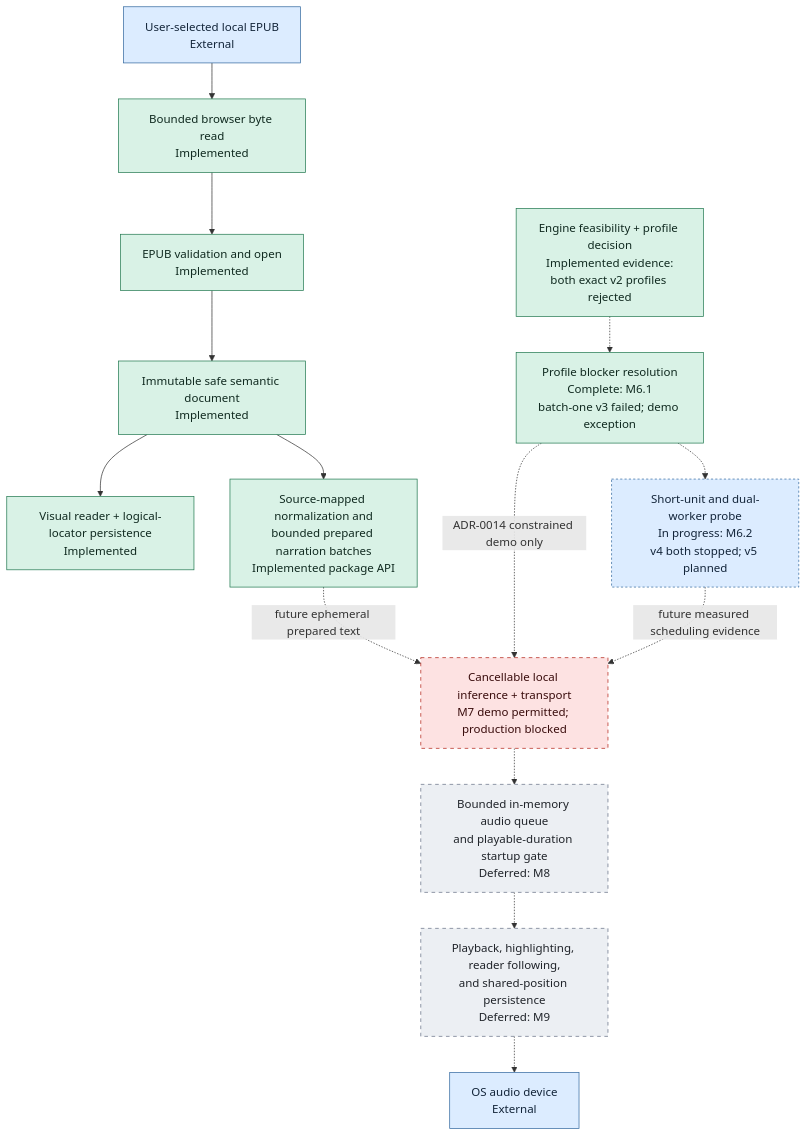
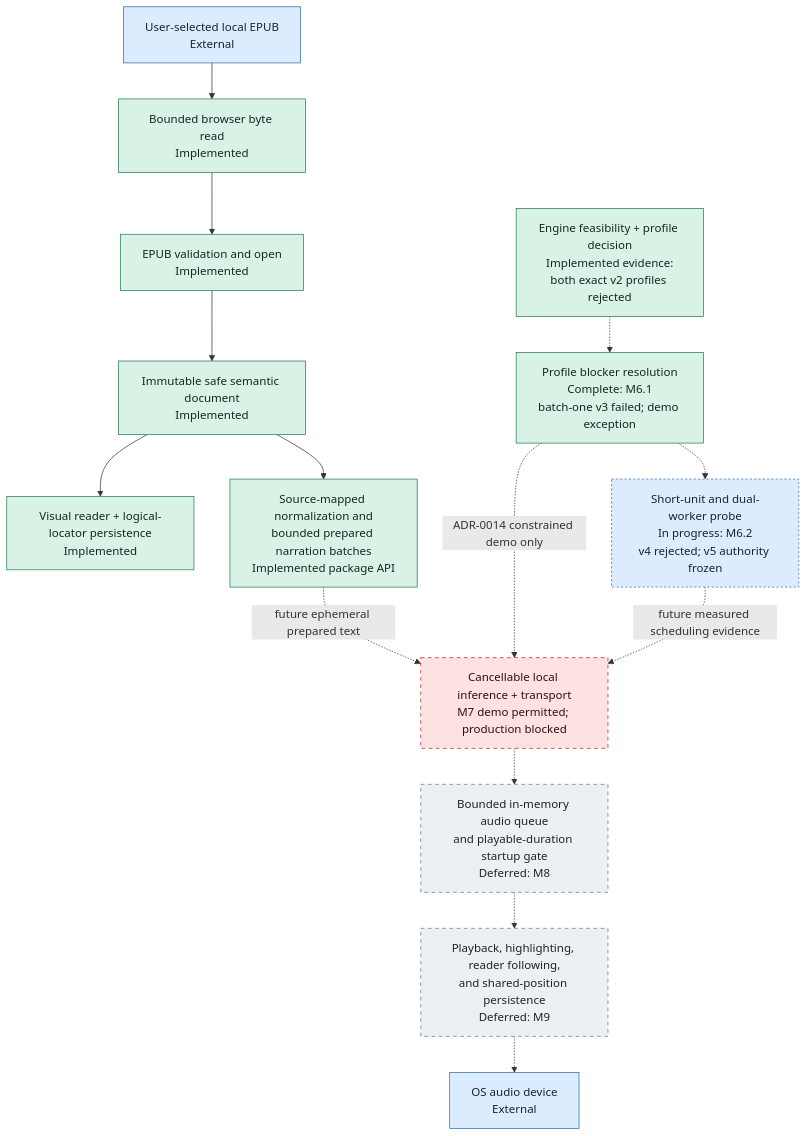
The second of 2 diagrams in docs/architecture/system-diagram.md (mmjosedaniel/voxleaf), drawn with Mermaid before and after one commit. The commit also changed other lines of this file and 21 other files, not shown here.

First line of the commit message:
feat(tts): freeze v5 dual-worker authority (#109)

````diff
--- a/docs/architecture/system-diagram.md
+++ b/docs/architecture/system-diagram.md
@@ -107,34 +107,34 @@
 ```mermaid
 flowchart TD
     classDef implemented fill:#d9f2e6,stroke:#247a52,color:#102a20
     classDef progress fill:#dcecff,stroke:#356aa0,color:#13253a,stroke-dasharray: 3 3
     classDef planned fill:#fff0c7,stroke:#9a6b00,color:#332400,stroke-dasharray: 5 5
     classDef blocked fill:#fde2e2,stroke:#b42318,color:#3a0d0d,stroke-dasharray: 5 5
     classDef deferred fill:#eceff3,stroke:#667085,color:#20242a,stroke-dasharray: 5 5
     classDef external fill:#dcecff,stroke:#356aa0,color:#13253a
 
     FILE["User-selected local EPUB<br/>External"]:::external
     READ["Bounded browser byte read<br/>Implemented"]:::implemented
     OPEN["EPUB validation and open<br/>Implemented"]:::implemented
     SAFE["Immutable safe semantic document<br/>Implemented"]:::implemented
     VISUAL["Visual reader + logical-locator persistence<br/>Implemented"]:::implemented
     PREP["Source-mapped normalization and<br/>bounded prepared narration batches<br/>Implemented package API"]:::implemented
     PROFILE["Engine feasibility + profile decision<br/>Implemented evidence:<br/>both exact v2 profiles rejected"]:::implemented
     NEXT_PROFILE["Profile blocker resolution<br/>Complete: M6.1<br/>batch-one v3 failed; demo exception"]:::implemented
-    BATCH_PROBE["Short-unit and dual-worker probe<br/>In progress: M6.2<br/>v4 both stopped; v5 planned"]:::progress
+    BATCH_PROBE["Short-unit and dual-worker probe<br/>In progress: M6.2<br/>v4 rejected; v5 authority frozen"]:::progress
     INFER["Cancellable local inference + transport<br/>M7 demo permitted; production blocked"]:::blocked
     BUFFER["Bounded in-memory audio queue<br/>and playable-duration startup gate<br/>Deferred: M8"]:::deferred
     FOLLOW["Playback, highlighting, reader following,<br/>and shared-position persistence<br/>Deferred: M9"]:::deferred
     DEVICE["OS audio device<br/>External"]:::external
 
     FILE --> READ --> OPEN --> SAFE --> VISUAL
     SAFE --> PREP
     PREP -.->|"future ephemeral prepared text"| INFER
     PROFILE -.-> NEXT_PROFILE
     NEXT_PROFILE -.-> BATCH_PROBE
     NEXT_PROFILE -.->|"ADR-0014 constrained demo only"| INFER
     BATCH_PROBE -.->|"future measured scheduling evidence"| INFER
     INFER -.-> BUFFER
     BUFFER -.-> FOLLOW
     FOLLOW -.-> DEVICE
 ```
````
